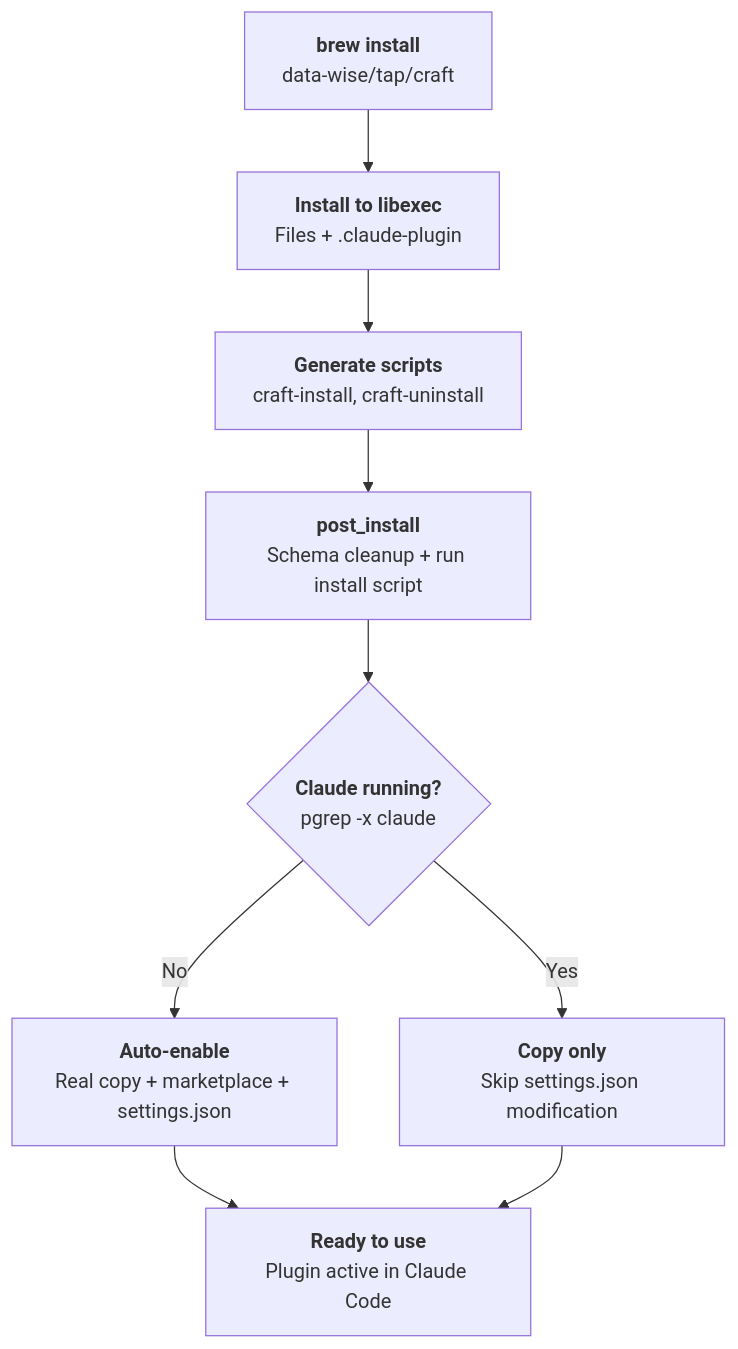
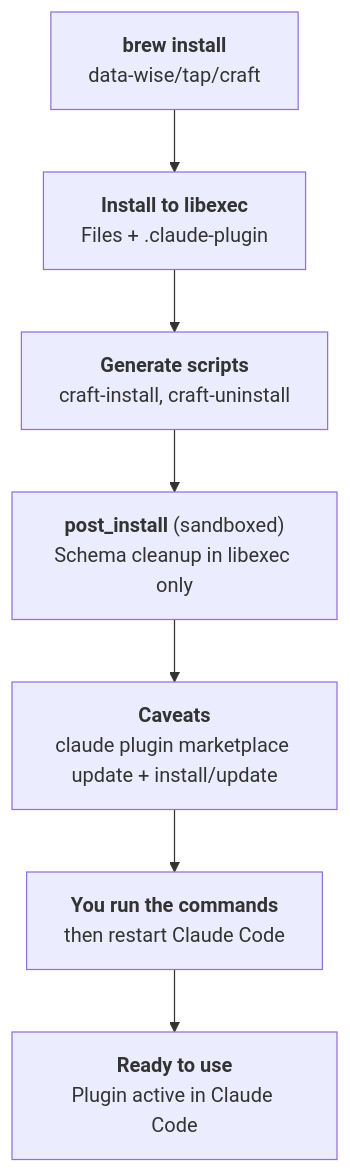
Before and after one commit to Data-Wise/homebrew-tap: the diagram in docs/formulas/plugins.md, drawn with Mermaid. The commit also changed 17 other files, not shown here.

First line of the commit message:
fix(generator): stop reaching ~/.claude from sandboxed post_install; print Claude Code setup in caveats (#229)

````diff
--- a/docs/formulas/plugins.md
+++ b/docs/formulas/plugins.md
@@ -7,19 +7,16 @@
 ```mermaid
 flowchart TD
     A["`**brew install**
     data-wise/tap/craft`"] --> B["`**Install to libexec**
     Files + .claude-plugin`"]
     B --> C["`**Generate scripts**
     craft-install, craft-uninstall`"]
-    C --> D["`**post_install**
-    Schema cleanup + run install script`"]
-    D --> E{"`**Claude running?**
-    pgrep -x claude`"}
-    E -->|No| F["`**Auto-enable**
-    Real copy + marketplace + settings.json`"]
-    E -->|Yes| G["`**Copy only**
-    Skip settings.json modification`"]
+    C --> D["`**post_install** (sandboxed)
+    Schema cleanup in libexec only`"]
+    D --> E["`**Caveats**
+    claude plugin marketplace update + install/update`"]
+    E --> F["`**You run the commands**
+    then restart Claude Code`"]
     F --> H["`**Ready to use**
     Plugin active in Claude Code`"]
-    G --> H
 ```
````
